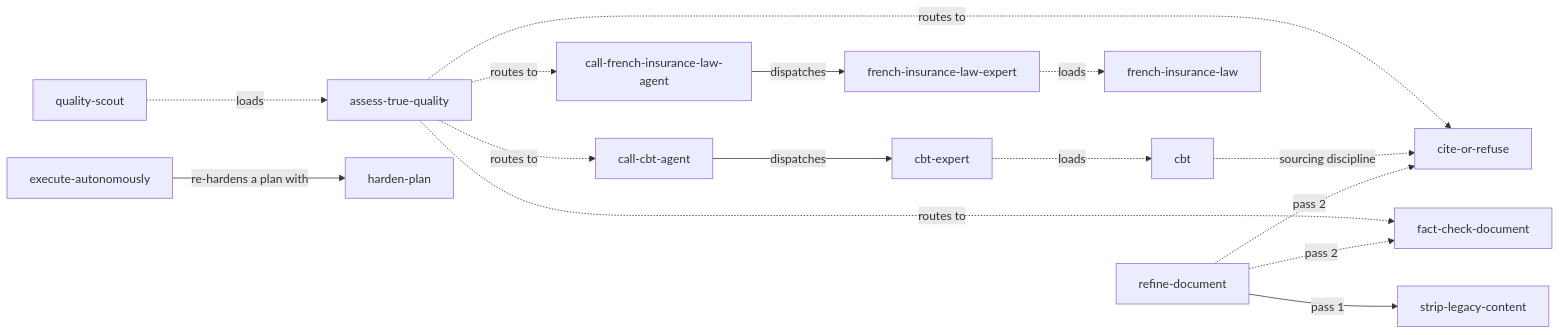
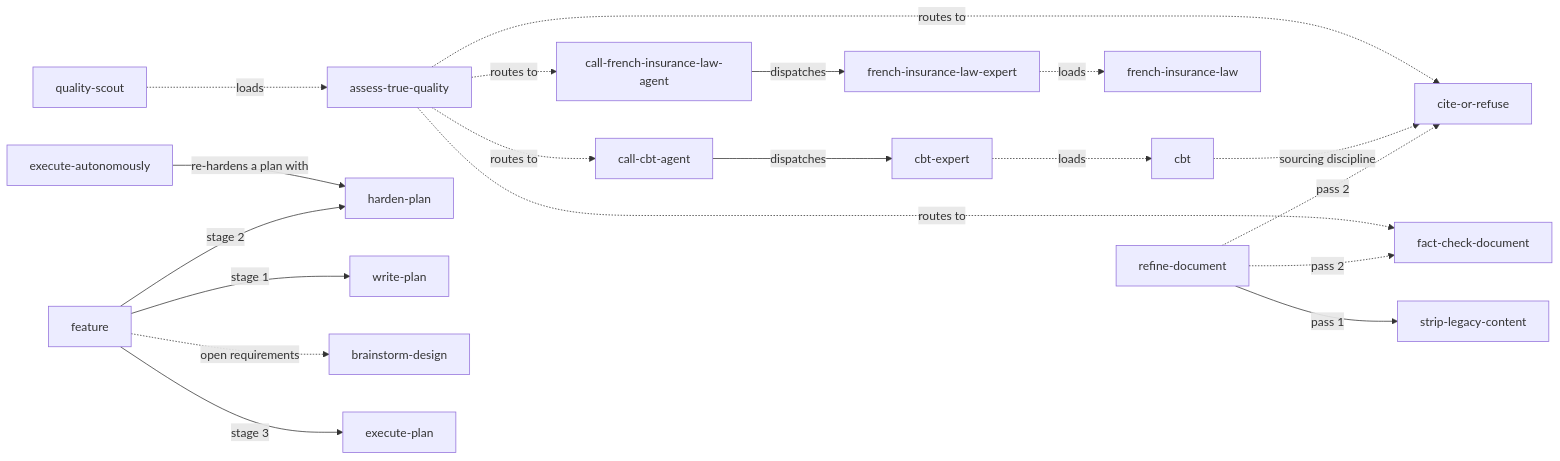
Before and after one commit to Ephasme/agent-skills: the diagram in dependencies.md, drawn with Mermaid. The commit also changed 1 other file, not shown here.

Commit message:
feat(feature): add /feature end-to-end pipeline skill
- Plan, harden, implement, one PR per repo, review, fix, merge in dependency order.
- Graphed its dependencies in dependencies.md.

````diff
--- a/dependencies.md
+++ b/dependencies.md
@@ -6,19 +6,23 @@
 ```mermaid
 flowchart LR
   cbt-expert -.->|loads| cbt
   french-insurance-law-expert -.->|loads| french-insurance-law
   quality-scout -.->|loads| assess-true-quality
   call-cbt-agent -->|dispatches| cbt-expert
   call-french-insurance-law-agent -->|dispatches| french-insurance-law-expert
 
   assess-true-quality -.->|routes to| call-cbt-agent
   assess-true-quality -.->|routes to| cite-or-refuse
   assess-true-quality -.->|routes to| fact-check-document
   assess-true-quality -.->|routes to| call-french-insurance-law-agent
   cbt -.->|sourcing discipline| cite-or-refuse
 
   refine-document -->|pass 1| strip-legacy-content
   refine-document -.->|pass 2| cite-or-refuse
   refine-document -.->|pass 2| fact-check-document
   execute-autonomously -->|re-hardens a plan with| harden-plan
+  feature -->|stage 1| write-plan
+  feature -.->|open requirements| brainstorm-design
+  feature -->|stage 2| harden-plan
+  feature -->|stage 3| execute-plan
 ```
````
